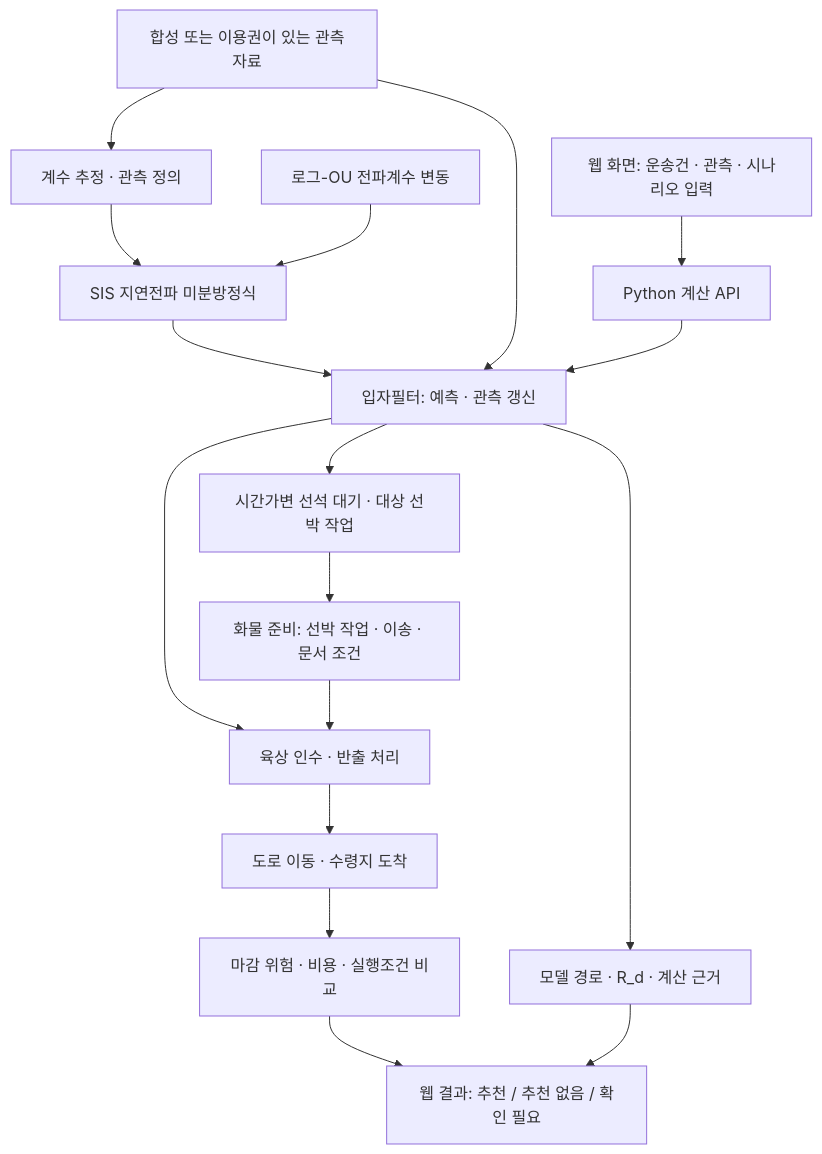
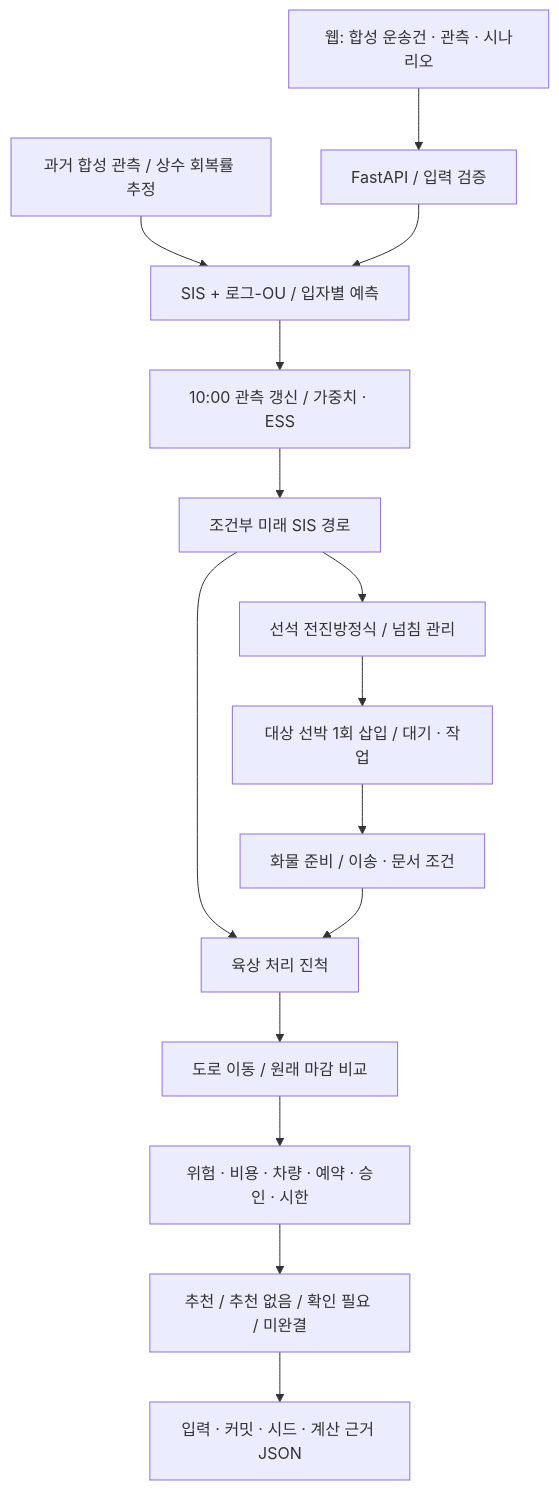
One commit to jaewansh/R-Delay changed the diagram in README.md. Above: the diagram before and after it, drawn with Mermaid. The commit also changed other lines of this file, not shown here.

````diff
--- a/README.md
+++ b/README.md
@@ -34,19 +90,17 @@
 ```mermaid
 flowchart TB
-    U["웹 화면: 운송건 · 관측 · 시나리오 입력"] --> API["Python 계산 API"]
-    DATA["합성 또는 이용권이 있는 관측자료"] --> FIT["계수 추정 · 관측 정의"]
-    FIT --> SIS["SIS 지연전파 미분방정식"]
-    OU["로그-OU 전파계수 변동"] --> SIS
-    SIS --> PF["입자필터: 예측 · 관측 갱신"]
-    DATA --> PF
-    API --> PF
-    PF --> QUEUE["시간가변 선석 대기 · 대상 선박 작업"]
-    QUEUE --> READY["화물 준비: 선박 작업 · 이송 · 문서 조건"]
-    PF --> LAND["육상 인수 · 반출 처리"]
-    READY --> LAND
-    LAND --> ROAD["도로 이동 · 수령지 도착"]
-    ROAD --> CHOICE["마감 위험 · 비용 · 실행조건 비교"]
-    CHOICE --> VIEW["웹 결과: 추천 / 추천 없음 / 확인 필요"]
-    PF --> TRACE["모델 경로 · R_d · 계산 근거"]
-    TRACE --> VIEW
+  INPUT["웹: 합성 운송건 · 관측 · 시나리오"] --> API["FastAPI / 입력 검증"]
+  CAL["과거 합성 관측 / 상수 회복률 추정"] --> SIS["SIS + 로그-OU / 입자별 예측"]
+  API --> SIS
+  SIS --> PF["10:00 관측 갱신 / 가중치 · ESS"]
+  PF --> FORECAST["조건부 미래 SIS 경로"]
+  FORECAST --> BERTH["선석 전진방정식 / 넘침 관리"]
+  BERTH --> TAG["대상 선박 1회 삽입 / 대기 · 작업"]
+  TAG --> READY["화물 준비 / 이송 · 문서 조건"]
+  FORECAST --> LAND["육상 처리 진척"]
+  READY --> LAND
+  LAND --> ARRIVAL["도로 이동 / 원래 마감 비교"]
+  ARRIVAL --> DECISION["위험 · 비용 · 차량 · 예약 · 승인 · 시한"]
+  DECISION --> WEB["추천 / 추천 없음 / 확인 필요 / 미완결"]
+  WEB --> JSON["입력 · 커밋 · 시드 · 계산 근거 JSON"]
 ```
````
